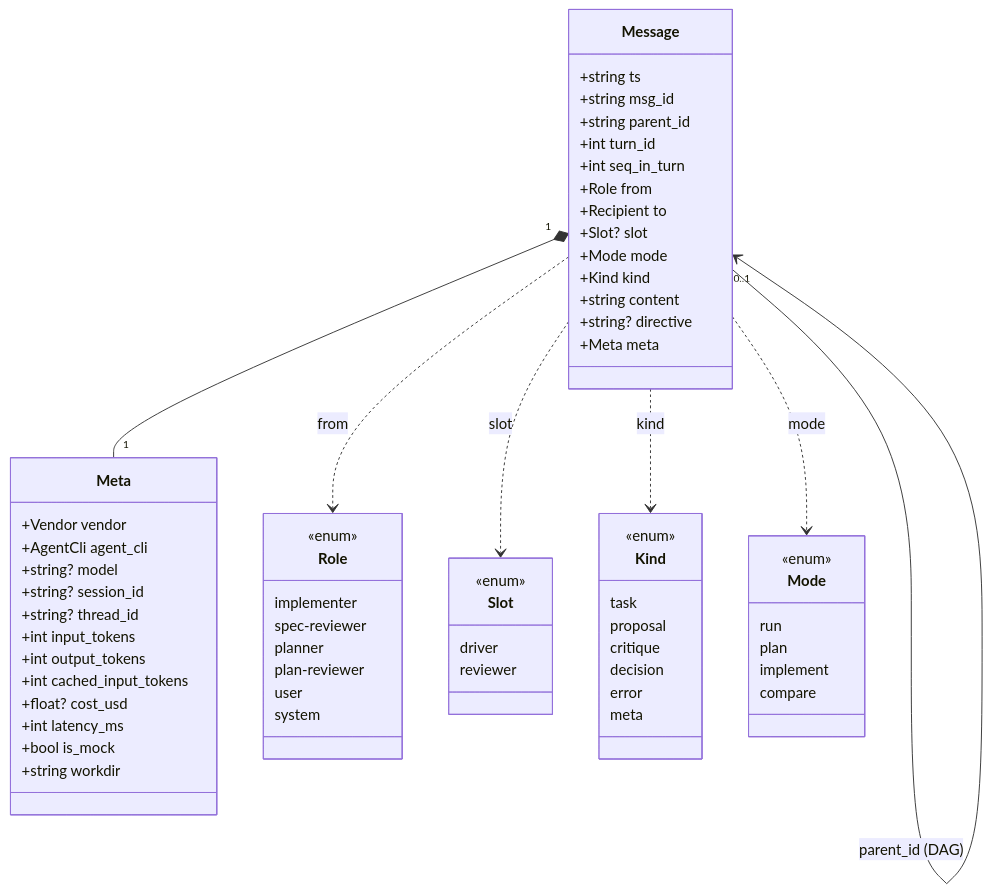
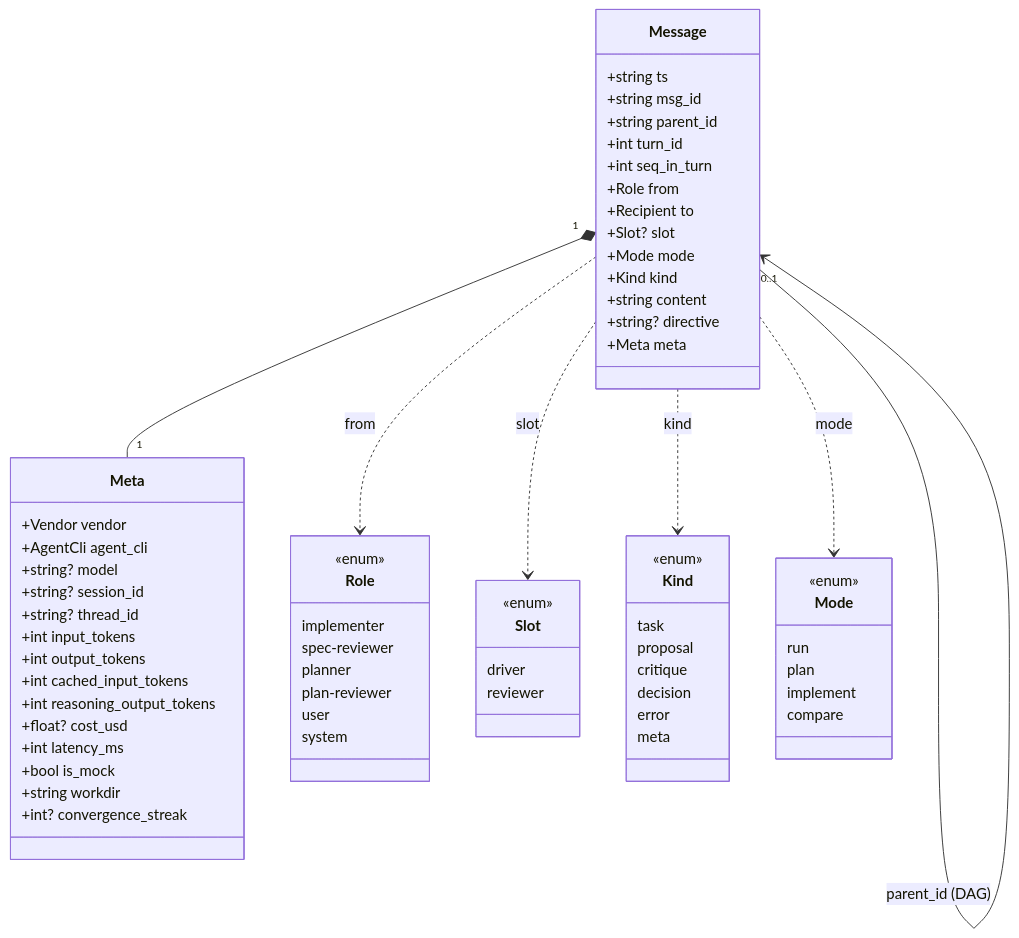
Before and after one commit to shinjw4929/Dialectic-CLI: the second of 3 diagrams in docs/runtime-docs/protocol.md, drawn with Mermaid. The commit also changed other lines of this file and 4 other files, not shown here.

````diff
--- a/docs/runtime-docs/protocol.md
+++ b/docs/runtime-docs/protocol.md
@@ -115,69 +117,71 @@
 ```mermaid
 classDiagram
     class Message {
         +string ts
         +string msg_id
         +string parent_id
         +int turn_id
         +int seq_in_turn
         +Role from
         +Recipient to
         +Slot? slot
         +Mode mode
         +Kind kind
         +string content
         +string? directive
         +Meta meta
     }
     class Meta {
         +Vendor vendor
         +AgentCli agent_cli
         +string? model
         +string? session_id
         +string? thread_id
         +int input_tokens
         +int output_tokens
         +int cached_input_tokens
+        +int reasoning_output_tokens
         +float? cost_usd
         +int latency_ms
         +bool is_mock
         +string workdir
+        +int? convergence_streak
     }
     class Role {
         <<enum>>
         implementer
         spec-reviewer
         planner
         plan-reviewer
         user
         system
     }
     class Slot {
         <<enum>>
         driver
         reviewer
     }
     class Kind {
         <<enum>>
         task
         proposal
         critique
         decision
         error
         meta
     }
     class Mode {
         <<enum>>
         run
         plan
         implement
         compare
     }
 
     Message "1" *-- "1" Meta
     Message --> "0..1" Message : parent_id (DAG)
     Message ..> Role : from
     Message ..> Slot : slot
     Message ..> Kind : kind
     Message ..> Mode : mode
 ```
````
